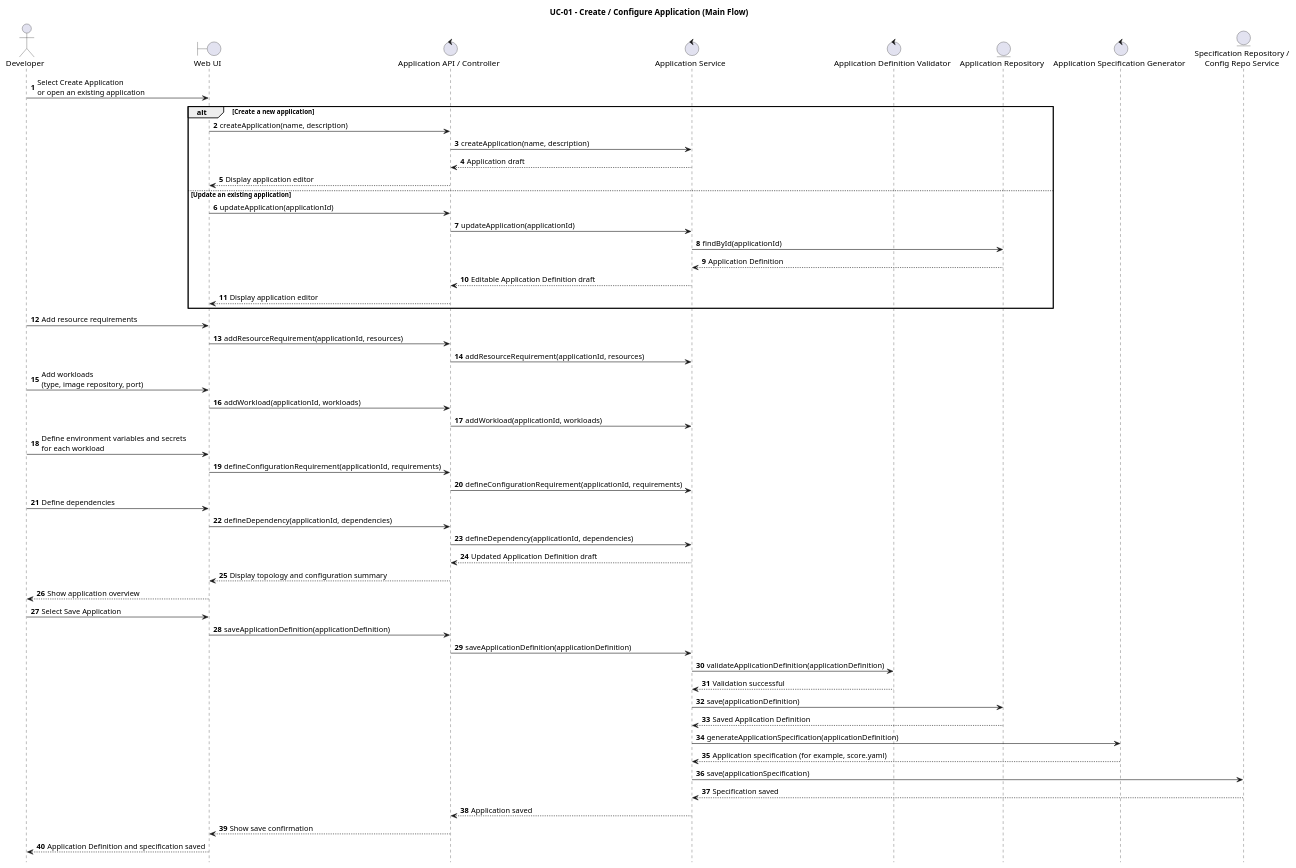
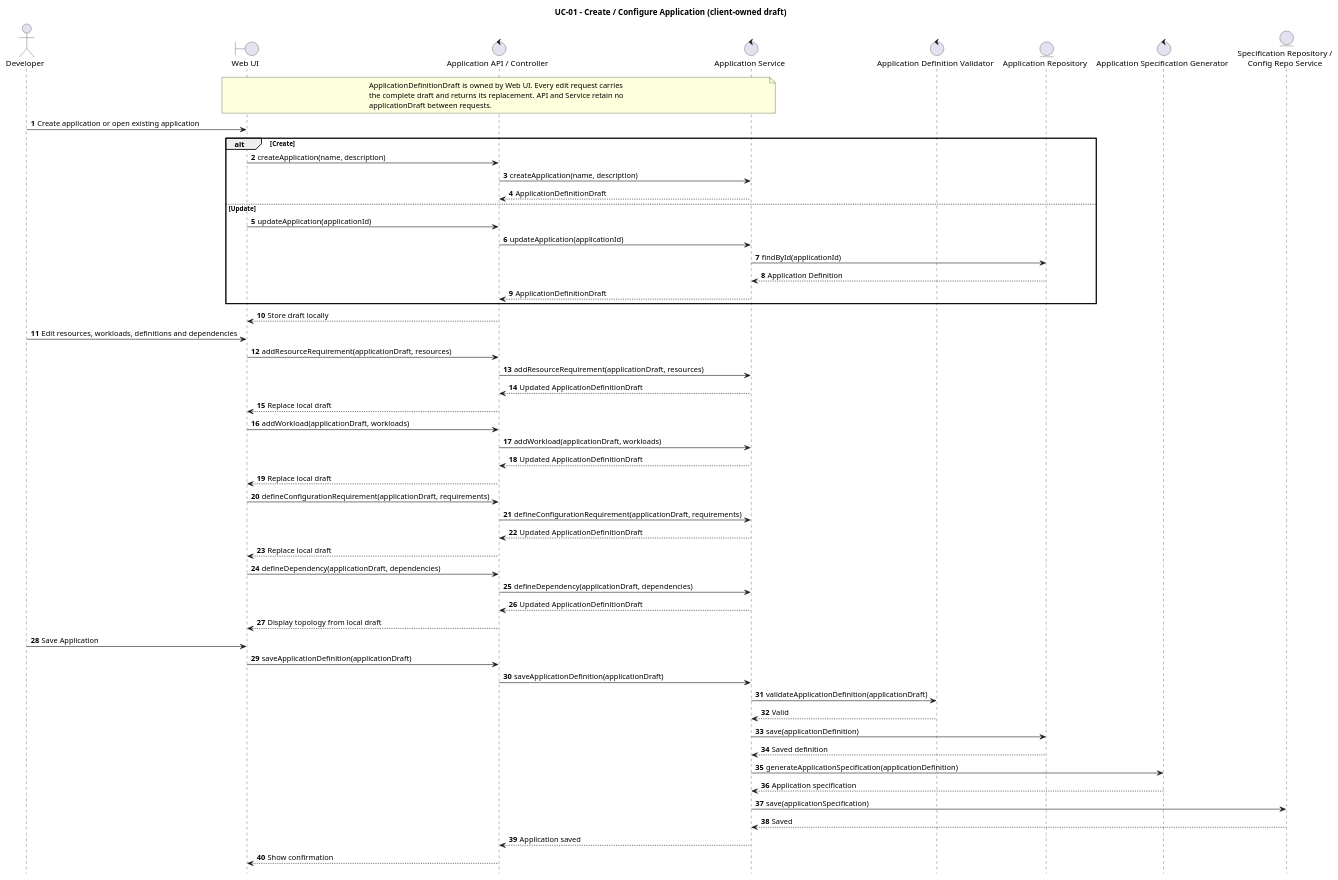
One commit to pr3s3nt/final_idp changed the diagram in sequence_digrams/uc_01_create_configure_application.puml. Above: the diagram before and after it, drawn with PlantUML. The commit also changed 20 other files, not shown here.

```diff
--- a/sequence_digrams/uc_01_create_configure_application.puml
+++ b/sequence_digrams/uc_01_create_configure_application.puml
@@ -1,67 +1,64 @@
 @startuml
-title UC-01 - Create / Configure Application (Main Flow)
-
+title UC-01 - Create / Configure Application (client-owned draft)
 autonumber
 hide footbox
-
 actor Developer
 boundary "Web UI" as UI
 control "Application API / Controller" as API
 control "Application Service" as Service
 control "Application Definition Validator" as Validator
 entity "Application Repository" as AppRepo
 control "Application Specification Generator" as SpecGenerator
 entity "Specification Repository /\nConfig Repo Service" as SpecRepo
 
-Developer -> UI: Select Create Application\nor open an existing application
+note over UI, Service
+  ApplicationDefinitionDraft is owned by Web UI. Every edit request carries
+  the complete draft and returns its replacement. API and Service retain no
+  applicationDraft between requests.
+end note
+Developer -> UI: Create application or open existing application
+alt Create
+  UI -> API: createApplication(name, description)
+  API -> Service: createApplication(name, description)
+  Service --> API: ApplicationDefinitionDraft
+else Update
+  UI -> API: updateApplication(applicationId)
+  API -> Service: updateApplication(applicationId)
+  Service -> AppRepo: findById(applicationId)
+  AppRepo --> Service: Application Definition
+  Service --> API: ApplicationDefinitionDraft
+end
+API --> UI: Store draft locally
 
-alt Create a new application
-    UI -> API: createApplication(name, description)
-    API -> Service: createApplication(name, description)
-    Service --> API: Application draft
-    API --> UI: Display application editor
-else Update an existing application
-    UI -> API: updateApplication(applicationId)
-    API -> Service: updateApplication(applicationId)
-    Service -> AppRepo: findById(applicationId)
-    AppRepo --> Service: Application Definition
-    Service --> API: Editable Application Definition draft
-    API --> UI: Display application editor
-end
+Developer -> UI: Edit resources, workloads, definitions and dependencies
+UI -> API: addResourceRequirement(applicationDraft, resources)
+API -> Service: addResourceRequirement(applicationDraft, resources)
+Service --> API: Updated ApplicationDefinitionDraft
+API --> UI: Replace local draft
+UI -> API: addWorkload(applicationDraft, workloads)
+API -> Service: addWorkload(applicationDraft, workloads)
+Service --> API: Updated ApplicationDefinitionDraft
+API --> UI: Replace local draft
+UI -> API: defineConfigurationRequirement(applicationDraft, requirements)
+API -> Service: defineConfigurationRequirement(applicationDraft, requirements)
+Service --> API: Updated ApplicationDefinitionDraft
+API --> UI: Replace local draft
+UI -> API: defineDependency(applicationDraft, dependencies)
+API -> Service: defineDependency(applicationDraft, dependencies)
+Service --> API: Updated ApplicationDefinitionDraft
+API --> UI: Display topology from local draft
 
-Developer -> UI: Add resource requirements
-UI -> API: addResourceRequirement(applicationId, resources)
-API -> Service: addResourceRequirement(applicationId, resources)
-
-Developer -> UI: Add workloads\n(type, image repository, port)
-UI -> API: addWorkload(applicationId, workloads)
-API -> Service: addWorkload(applicationId, workloads)
-
-Developer -> UI: Define environment variables and secrets\nfor each workload
-UI -> API: defineConfigurationRequirement(applicationId, requirements)
-API -> Service: defineConfigurationRequirement(applicationId, requirements)
-
-Developer -> UI: Define dependencies
-UI -> API: defineDependency(applicationId, dependencies)
-API -> Service: defineDependency(applicationId, dependencies)
-
-Service --> API: Updated Application Definition draft
-API --> UI: Display topology and configuration summary
-UI --> Developer: Show application overview
-
-Developer -> UI: Select Save Application
-UI -> API: saveApplicationDefinition(applicationDefinition)
-API -> Service: saveApplicationDefinition(applicationDefinition)
-Service -> Validator: validateApplicationDefinition(applicationDefinition)
-Validator --> Service: Validation successful
+Developer -> UI: Save Application
+UI -> API: saveApplicationDefinition(applicationDraft)
+API -> Service: saveApplicationDefinition(applicationDraft)
+Service -> Validator: validateApplicationDefinition(applicationDraft)
+Validator --> Service: Valid
 Service -> AppRepo: save(applicationDefinition)
-AppRepo --> Service: Saved Application Definition
+AppRepo --> Service: Saved definition
 Service -> SpecGenerator: generateApplicationSpecification(applicationDefinition)
-SpecGenerator --> Service: Application specification (for example, score.yaml)
+SpecGenerator --> Service: Application specification
 Service -> SpecRepo: save(applicationSpecification)
-SpecRepo --> Service: Specification saved
+SpecRepo --> Service: Saved
 Service --> API: Application saved
-API --> UI: Show save confirmation
-UI --> Developer: Application Definition and specification saved
-
+API --> UI: Show confirmation
 @enduml
```
